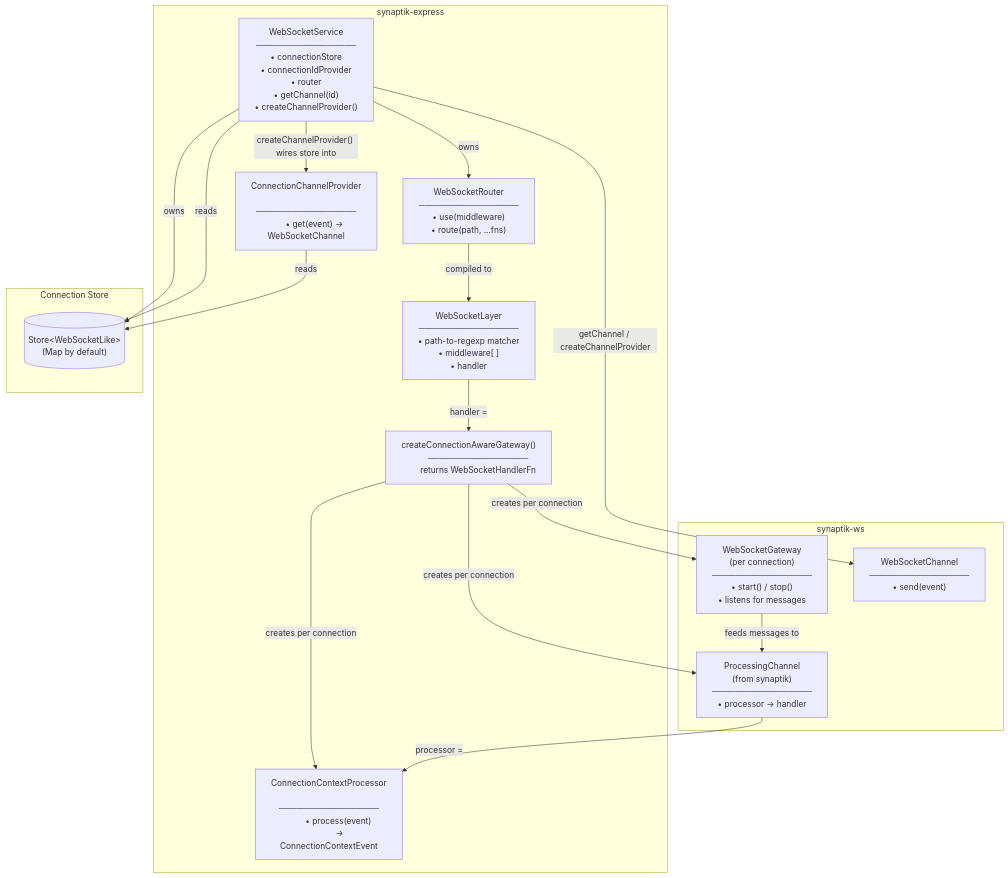
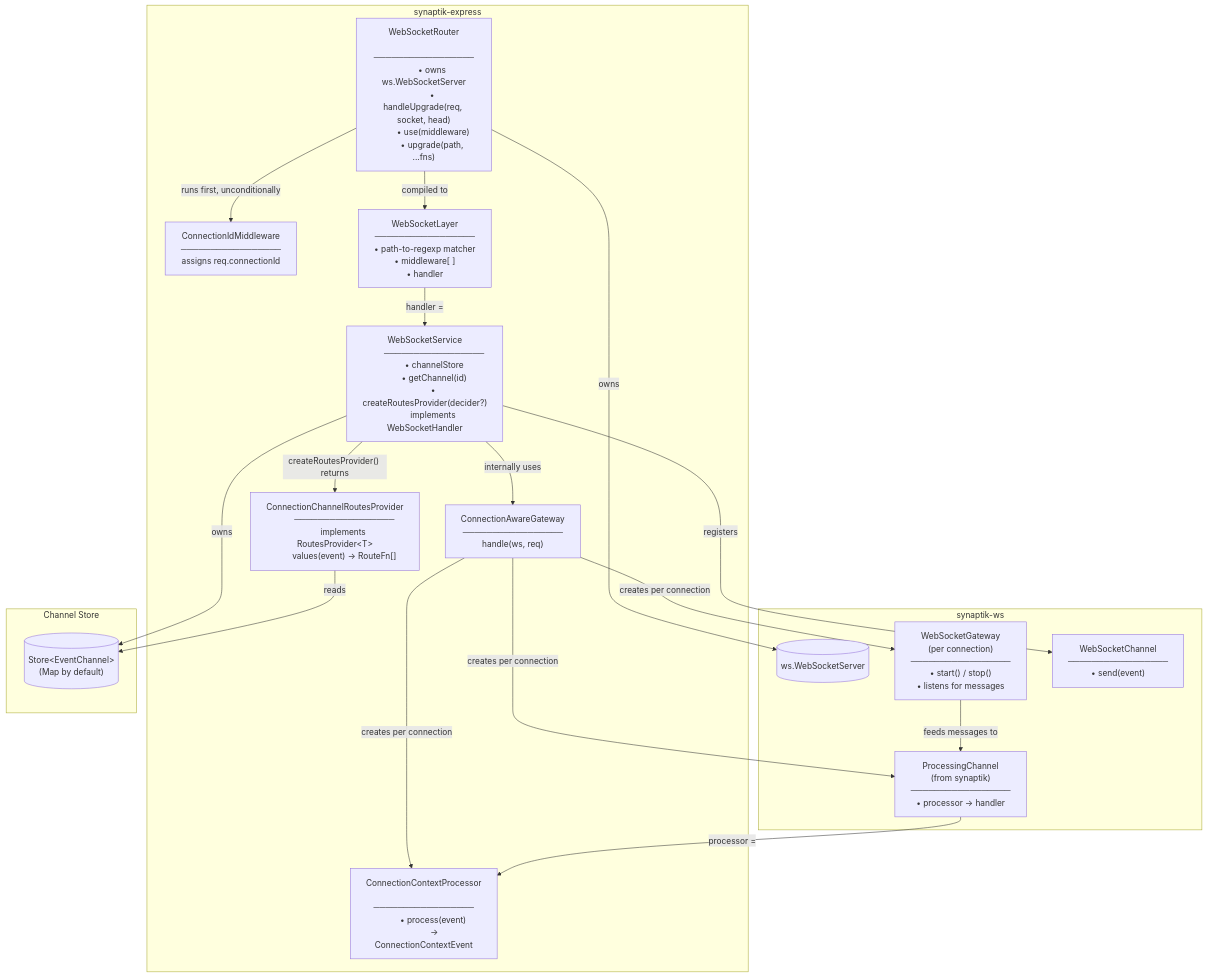
One commit to sektek/synaptik-express changed the first of 4 diagrams in docs/web-socket.md. Above: the diagram before and after it, drawn with Mermaid. The commit also changed other lines of this file and 9 other files, not shown here.

First line of the commit message:
refactor: invert WebSocketRouter/WebSocketService ownership

````diff
--- a/docs/web-socket.md
+++ b/docs/web-socket.md
@@ -9,72 +11,81 @@
 ```mermaid
 graph TB
     subgraph synaptik-express
-        SVC["WebSocketService
-        ─────────────────
-        • connectionStore
-        • connectionIdProvider
-        • router
-        • getChannel(id)
-        • createChannelProvider()"]
-
         ROUTER["WebSocketRouter
         ─────────────────
+        • owns ws.WebSocketServer
+        • handleUpgrade(req, socket, head)
         • use(middleware)
-        • route(path, ...fns)"]
+        • upgrade(path, ...fns)"]
+
+        CIM["ConnectionIdMiddleware
+        ─────────────────
+        assigns req.connectionId"]
 
         LAYER["WebSocketLayer
         ─────────────────
         • path-to-regexp matcher
         • middleware[ ]
         • handler"]
 
-        CCP["ConnectionChannelProvider
+        SVC["WebSocketService
         ─────────────────
-        • get(event) → WebSocketChannel"]
+        • channelStore
+        • getChannel(id)
+        • createRoutesProvider(decider?)
+        implements WebSocketHandler"]
+
+        CAG["ConnectionAwareGateway
+        ─────────────────
+        handle(ws, req)"]
+
+        CCRP["ConnectionChannelRoutesProvider
+        ─────────────────
+        implements RoutesProvider&lt;T&gt;
+        values(event) → RouteFn[]"]
 
         PROC["ConnectionContextProcessor
         ─────────────────
         • process(event)
           → ConnectionContextEvent"]
-
-        GATEWAY_FN["createConnectionAwareGateway()
-        ─────────────────
-        returns WebSocketHandlerFn"]
     end
 
     subgraph synaptik-ws
+        WSS[("ws.WebSocketServer")]
+
         GW["WebSocketGateway
         (per connection)
         ─────────────────
         • start() / stop()
         • listens for messages"]
 
         CH["WebSocketChannel
         ─────────────────
         • send(event)"]
 
         PC["ProcessingChannel
         (from synaptik)
         ─────────────────
         • processor → handler"]
     end
 
-    subgraph "Connection Store"
-        STORE[("Store&lt;WebSocketLike&gt;
+    subgraph "Channel Store"
+        STORE[("Store&lt;EventChannel&gt;
         (Map by default)")]
     end
 
-    SVC -->|"owns"| ROUTER
+    ROUTER -->|"owns"| WSS
+    ROUTER -->|"runs first, unconditionally"| CIM
+    ROUTER -->|"compiled to"| LAYER
+    LAYER -->|"handler ="| SVC
     SVC -->|"owns"| STORE
-    SVC -->|"reads"| STORE
-    ROUTER -->|"compiled to"| LAYER
-    LAYER -->|"handler ="| GATEWAY_FN
-    GATEWAY_FN -->|"creates per connection"| GW
-    GATEWAY_FN -->|"creates per connection"| PROC
-    GATEWAY_FN -->|"creates per connection"| PC
+    SVC -->|"internally uses"| CAG
+    CAG -->|"creates per connection"| GW
+    CAG -->|"creates per connection"| PROC
+    CAG -->|"creates per connection"| PC
     GW -->|"feeds messages to"| PC
     PC -->|"processor ="| PROC
-    SVC -->|"getChannel / createChannelProvider"| CH
-    CCP -->|"reads"| STORE
-    SVC -->|"createChannelProvider() wires store into"| CCP
+    SVC -->|"registers"| CH
+    SVC -->|"createRoutesProvider() returns"| CCRP
+    CCRP -->|"reads"| STORE
 ```
````
